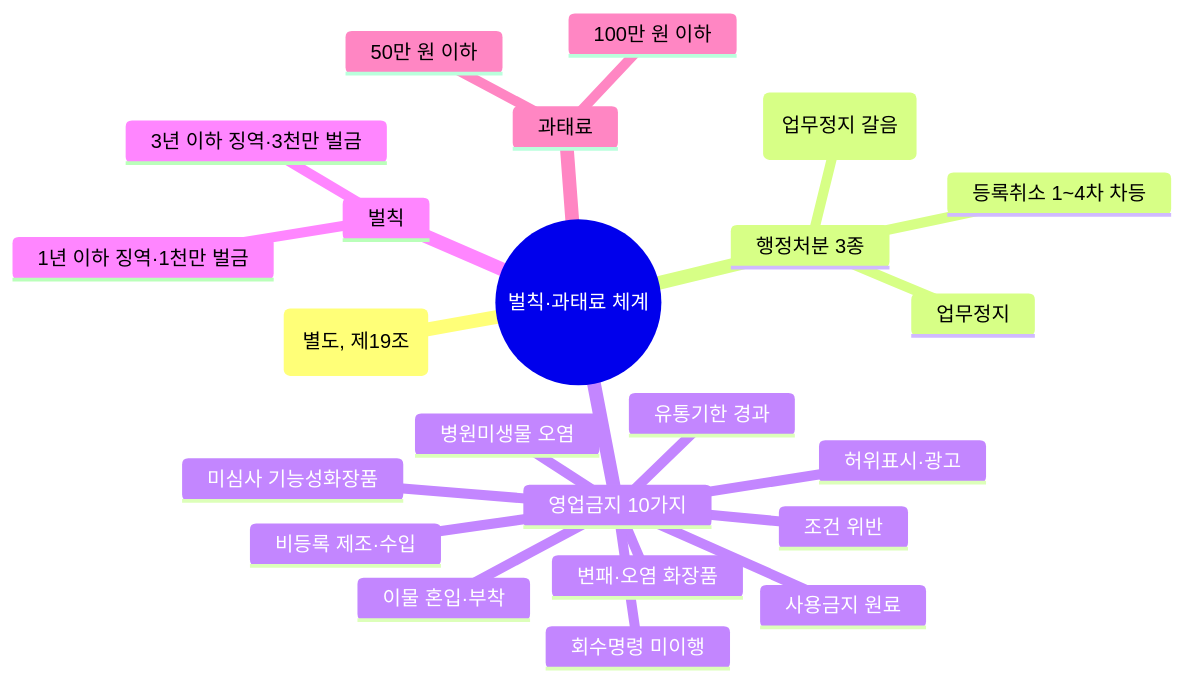
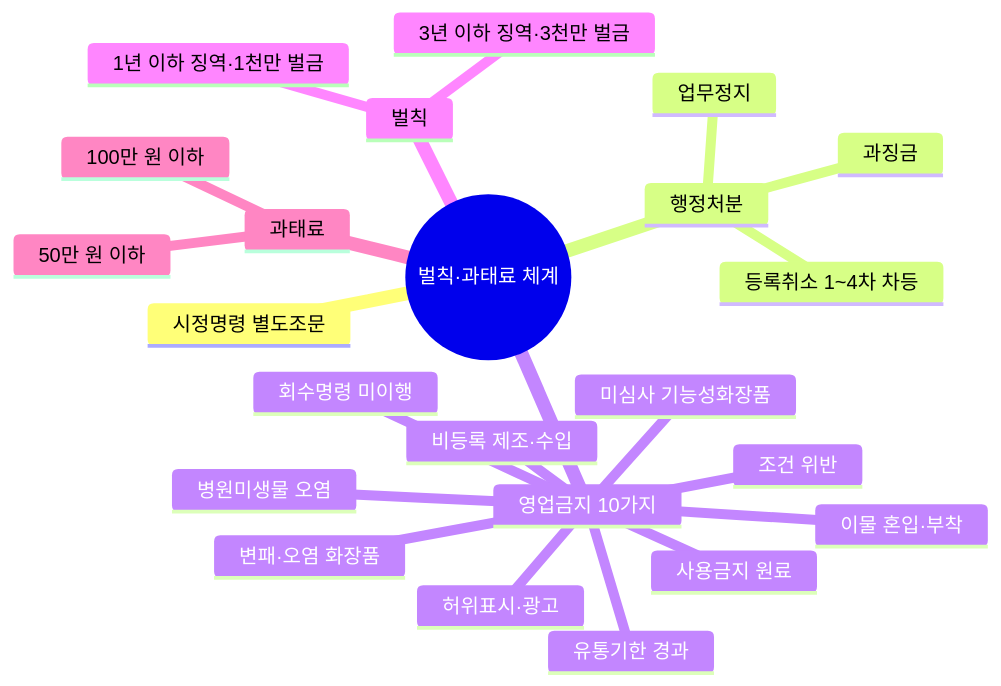
Before and after one commit to skygoldlee-cyber/Personalized_Skincare: the eighth of 10 diagrams in content/교재/law/1과목_화장품법의이해_이야기형.md, drawn with Mermaid. The commit also changed other lines of this file and 16 other files, not shown here.

First line of the commit message:
마인드맵 시정명령 노드를 '시정명령 별도조문'으로 명기

````diff
--- a/content/교재/law/1과목_화장품법의이해_이야기형.md
+++ b/content/교재/law/1과목_화장품법의이해_이야기형.md
@@ -1030,26 +1032,26 @@
 ```mermaid
 mindmap
  root((벌칙·과태료 체계))
-  시정명령(별도, 제19조)
-  행정처분 3종
+  시정명령 별도조문
+  행정처분
    등록취소 1~4차 차등
    업무정지
-   과징금(업무정지 갈음)
+   과징금
   영업금지 10가지
    미심사 기능성화장품
    변패·오염 화장품
    병원미생물 오염
    이물 혼입·부착
    사용금지 원료
    유통기한 경과
    허위표시·광고
    비등록 제조·수입
    회수명령 미이행
    조건 위반
   벌칙
    3년 이하 징역·3천만 벌금
    1년 이하 징역·1천만 벌금
   과태료
    100만 원 이하
    50만 원 이하
 ```
````
